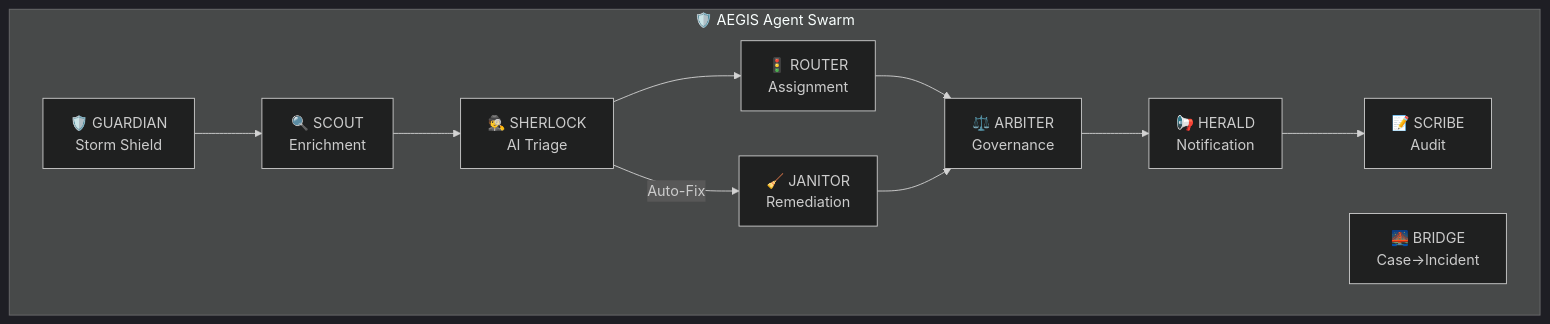
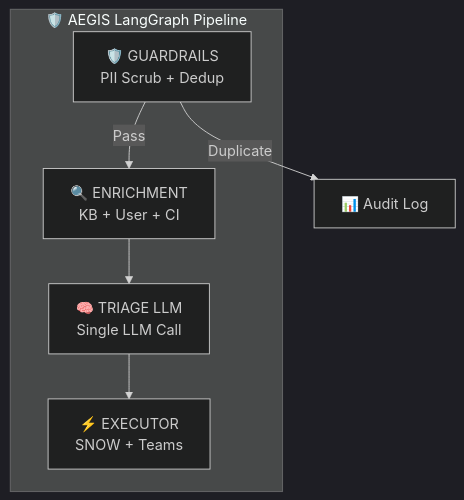
The second of 3 diagrams in docs/product-documentation.md (maniltns/AEGIS), drawn with Mermaid (dark theme) before and after one commit. The commit also changed other lines of this file and 6 other files, not shown here.

````diff
--- a/docs/product-documentation.md
+++ b/docs/product-documentation.md
@@ -76,18 +76,12 @@
 ```mermaid
 graph TB
-    subgraph "🛡️ AEGIS Agent Swarm"
-        GUARDIAN["🛡️ GUARDIAN<br/>Storm Shield"]
-        SCOUT["🔍 SCOUT<br/>Enrichment"]
-        SHERLOCK["🕵️ SHERLOCK<br/>AI Triage"]
-        ROUTER["🚦 ROUTER<br/>Assignment"]
-        ARBITER["⚖️ ARBITER<br/>Governance"]
-        HERALD["📢 HERALD<br/>Notification"]
-        SCRIBE["📝 SCRIBE<br/>Audit"]
-        BRIDGE["🌉 BRIDGE<br/>Case→Incident"]
-        JANITOR["🧹 JANITOR<br/>Remediation"]
+    subgraph "🛡️ AEGIS LangGraph Pipeline"
+        N1["🛡️ GUARDRAILS<br/>PII Scrub + Dedup"]
+        N2["🔍 ENRICHMENT<br/>KB + User + CI"]
+        N3["🧠 TRIAGE LLM<br/>Single LLM Call"]
+        N4["⚡ EXECUTOR<br/>SNOW + Teams"]
     end
     
-    GUARDIAN --> SCOUT --> SHERLOCK --> ROUTER --> ARBITER
-    ARBITER --> HERALD --> SCRIBE
-    SHERLOCK -->|Auto-Fix| JANITOR --> ARBITER
+    N1 -->|Pass| N2 --> N3 --> N4
+    N1 -->|Duplicate| AUDIT["📊 Audit Log"]
 ```
````
